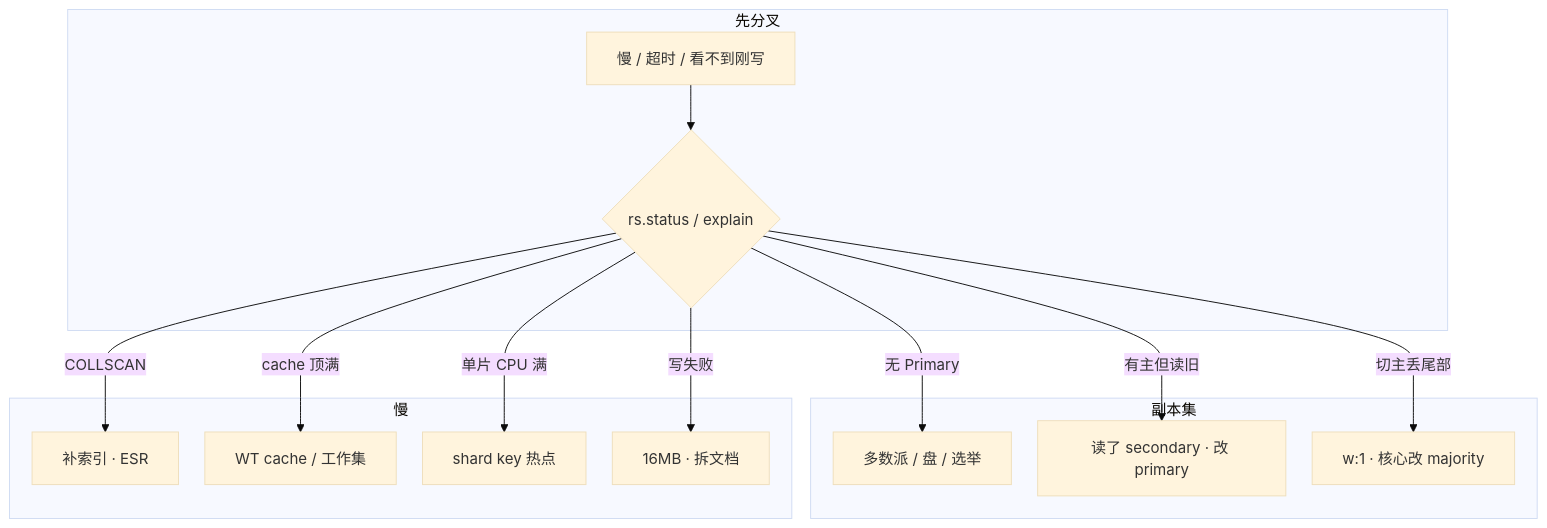
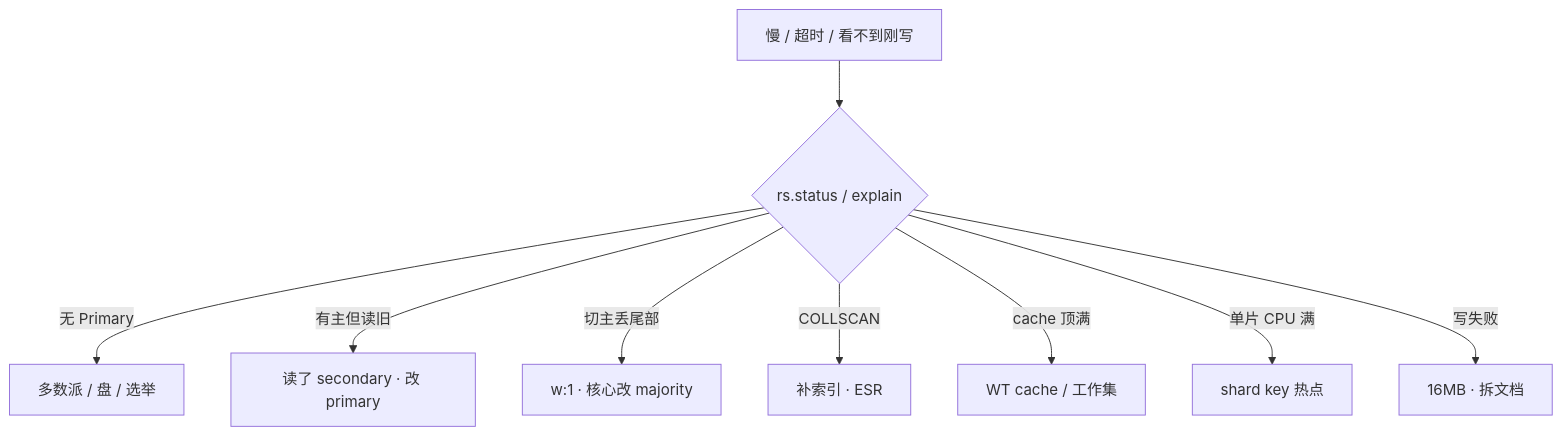
One commit to ml-cuizijun/LearnToLilith changed the fifth of 5 diagrams in 02-中间件与数据库/05-MongoDB/知识点.md. Above: the diagram before and after it, drawn with Mermaid. The commit also changed other lines of this file and 178 other files, not shown here.

````diff
--- a/02-中间件与数据库/05-MongoDB/知识点.md
+++ b/02-中间件与数据库/05-MongoDB/知识点.md
@@ -674,24 +438,11 @@
 ```mermaid
-%%{init: {"flowchart": {"padding": 16, "nodeSpacing": 28, "rankSpacing": 48}, "theme": "base"}}%%
 flowchart TB
-    subgraph gate ["先分叉"]
-        A[慢 / 超时 / 看不到刚写] --> B{rs.status / explain}
-    end
-
-    subgraph rs ["副本集"]
-        B -->|无 Primary| C[多数派 / 盘 / 选举]
-        B -->|有主但读旧| D[读了 secondary · 改 primary]
-        B -->|切主丢尾部| E[w:1 · 核心改 majority]
-    end
-
-    subgraph slow ["慢"]
-        B -->|COLLSCAN| F[补索引 · ESR]
-        B -->|cache 顶满| G[WT cache / 工作集]
-        B -->|单片 CPU 满| H[shard key 热点]
-        B -->|写失败| I[16MB · 拆文档]
-    end
-
-    class E,I bad
-    class D,F,G ok
-
+    A[慢 / 超时 / 看不到刚写] --> B{rs.status / explain}
+    B -->|无 Primary| C[多数派 / 盘 / 选举]
+    B -->|有主但读旧| D[读了 secondary · 改 primary]
+    B -->|切主丢尾部| E[w:1 · 核心改 majority]
+    B -->|COLLSCAN| F[补索引 · ESR]
+    B -->|cache 顶满| G[WT cache / 工作集]
+    B -->|单片 CPU 满| H[shard key 热点]
+    B -->|写失败| I[16MB · 拆文档]
 ```
````
